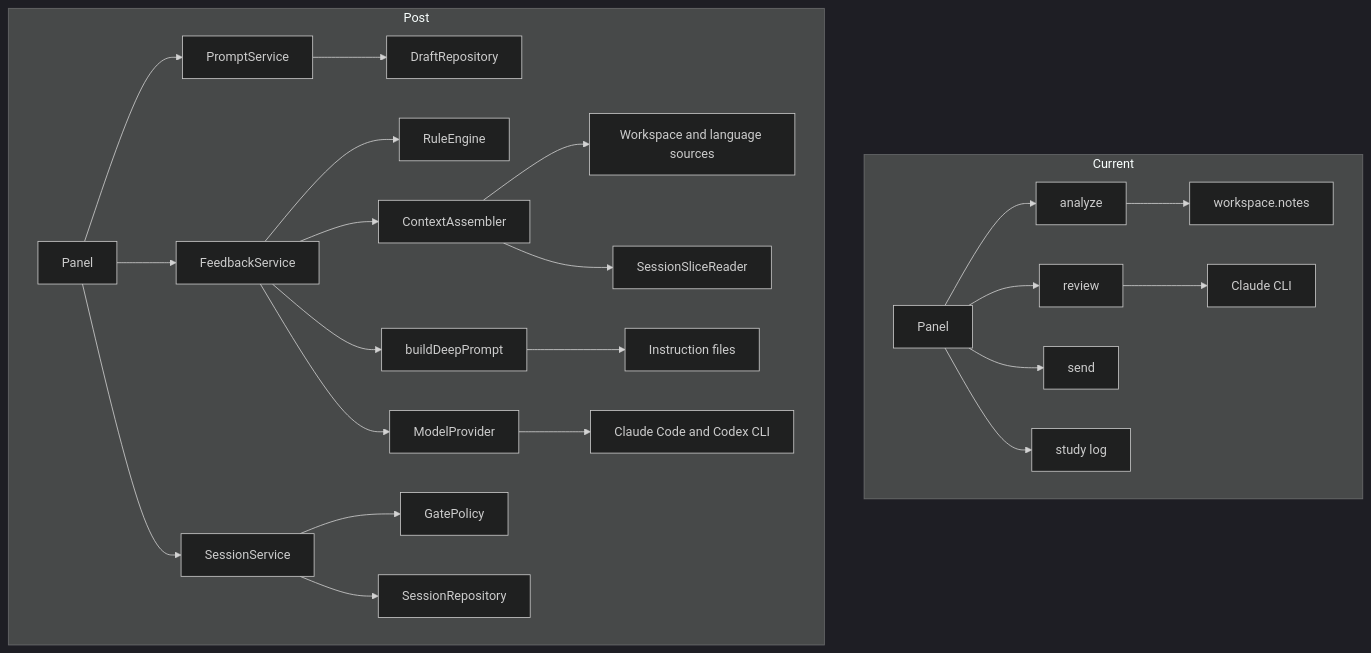
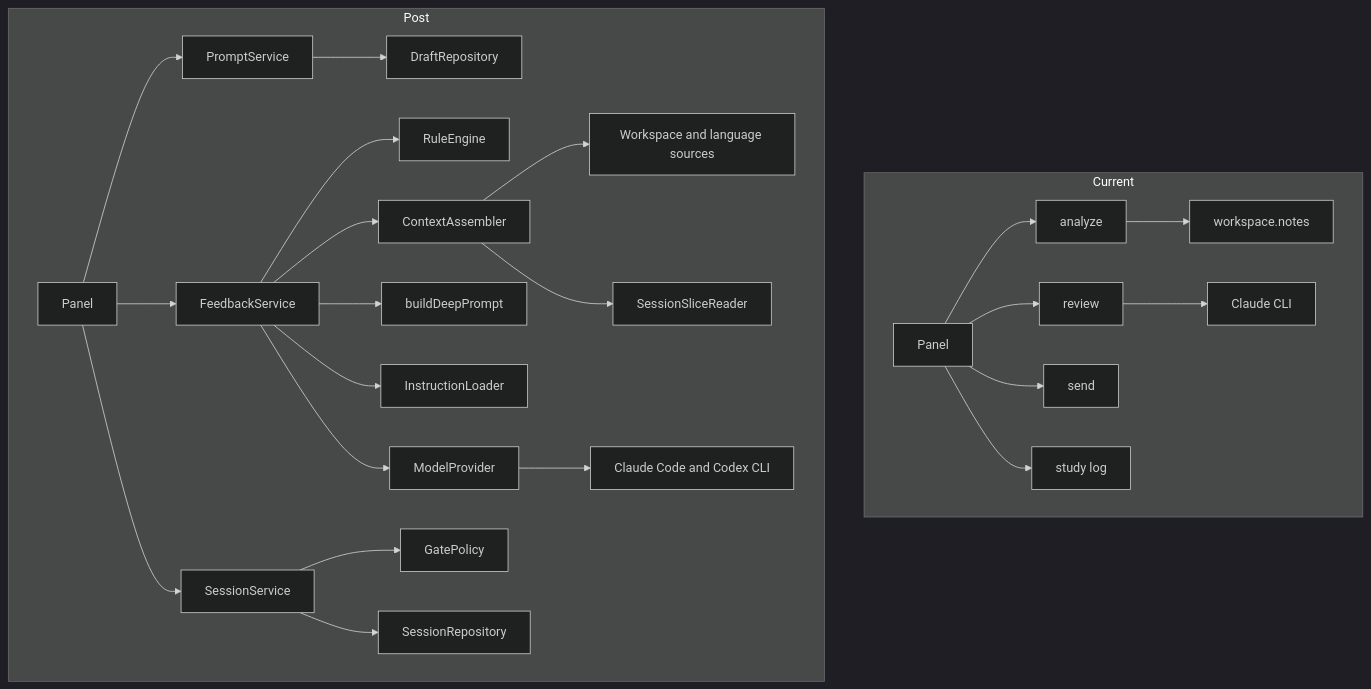
The first of 4 diagrams in docs/LLD.md (Diekgbbtt/Preflight), drawn with Mermaid (dark theme) before and after one commit. The commit also changed other lines of this file, not shown here.

Commit message:
Fix instruction loader and bundle ordering in LLD

````diff
--- a/docs/LLD.md
+++ b/docs/LLD.md
@@ -9,27 +9,27 @@
 ```mermaid
 flowchart TB
   subgraph Current
     P1[Panel] --> A1[analyze]
     P1 --> R1[review]
     A1 --> W1[workspace.notes]
     R1 --> C1[Claude CLI]
     P1 --> S1[send]
     P1 --> L1[study log]
   end
   subgraph Post
     P2[Panel] --> PS[PromptService]
     P2 --> FS[FeedbackService]
     P2 --> SS[SessionService]
     FS --> RE[RuleEngine]
     FS --> CA[ContextAssembler]
     FS --> DP[buildDeepPrompt]
-    DP --> IF[Instruction files]
+    FS --> IF[InstructionLoader]
     FS --> MP[ModelProvider]
     SS --> GP[GatePolicy]
     PS --> DR[DraftRepository]
     SS --> SR[SessionRepository]
     CA --> WS[Workspace and language sources]
     CA --> SL[SessionSliceReader]
     MP --> CLI[Claude Code and Codex CLI]
   end
 ```
````
